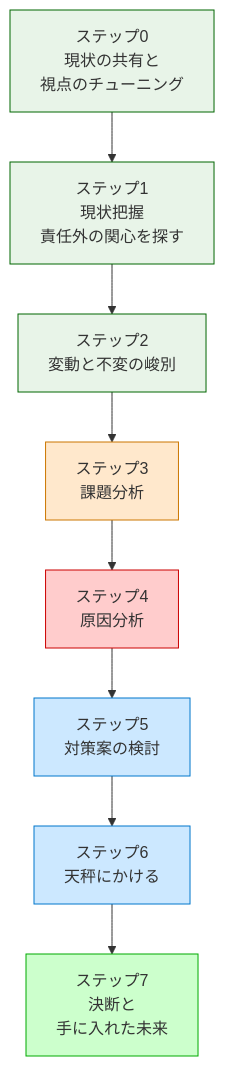
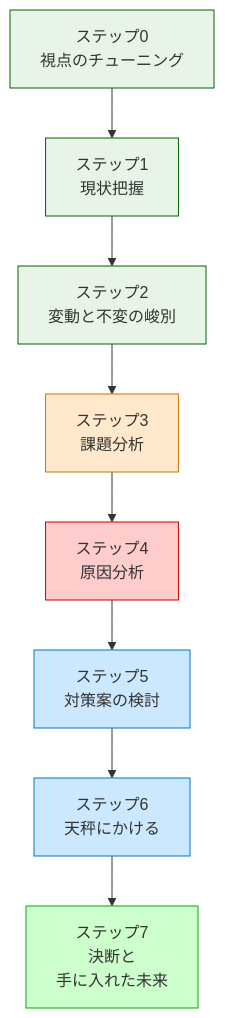
The ninth of 9 diagrams in kindle/design-patterns/output/chapter00.md (kumachan1101-pixel/DesignPattern), drawn with Mermaid before and after one commit. The commit also changed other lines of this file, not shown here.

````diff
--- a/kindle/design-patterns/output/chapter00.md
+++ b/kindle/design-patterns/output/chapter00.md
@@ -464,22 +464,22 @@
 ```mermaid
 graph TD
-    S0["ステップ0\n現状の共有と\n視点のチューニング"]
-    S1["ステップ1\n現状把握\n責任外の関心を探す"]
+    S0["ステップ0\n視点のチューニング"]
+    S1["ステップ1\n現状把握"]
     S2["ステップ2\n変動と不変の峻別"]
     S3["ステップ3\n課題分析"]
     S4["ステップ4\n原因分析"]
     S5["ステップ5\n対策案の検討"]
     S6["ステップ6\n天秤にかける"]
     S7["ステップ7\n決断と\n手に入れた未来"]
 
     S0 --> S1 --> S2 --> S3 --> S4 --> S5 --> S6 --> S7
 
     style S0 fill:#e8f4e8,stroke:#006600
     style S1 fill:#e8f4e8,stroke:#006600
     style S2 fill:#e8f4e8,stroke:#006600
     style S3 fill:#ffe8cc,stroke:#cc7700
     style S4 fill:#ffcccc,stroke:#cc0000
     style S5 fill:#cce8ff,stroke:#0077cc
     style S6 fill:#cce8ff,stroke:#0077cc
     style S7 fill:#ccffcc,stroke:#00aa00
 ```
````
